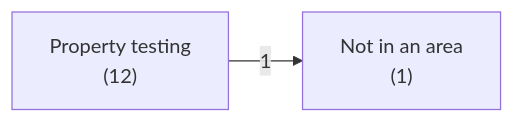
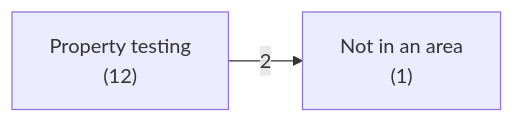
One commit to ruudkoot/rune changed the first of 3 diagrams in docs/generated/test/property/depends.md. Above: the diagram before and after it, drawn with Mermaid. The commit also changed other lines of this file and 32 other files, not shown here.

````diff
--- a/docs/generated/test/property/depends.md
+++ b/docs/generated/test/property/depends.md
@@ -24,6 +24,6 @@
 ```mermaid
 flowchart LR
   a0["Not in an area<br>(1)"]
   a1["Property testing<br>(12)"]
-  a1 -- 1 --> a0
+  a1 -- 2 --> a0
 ```
````
